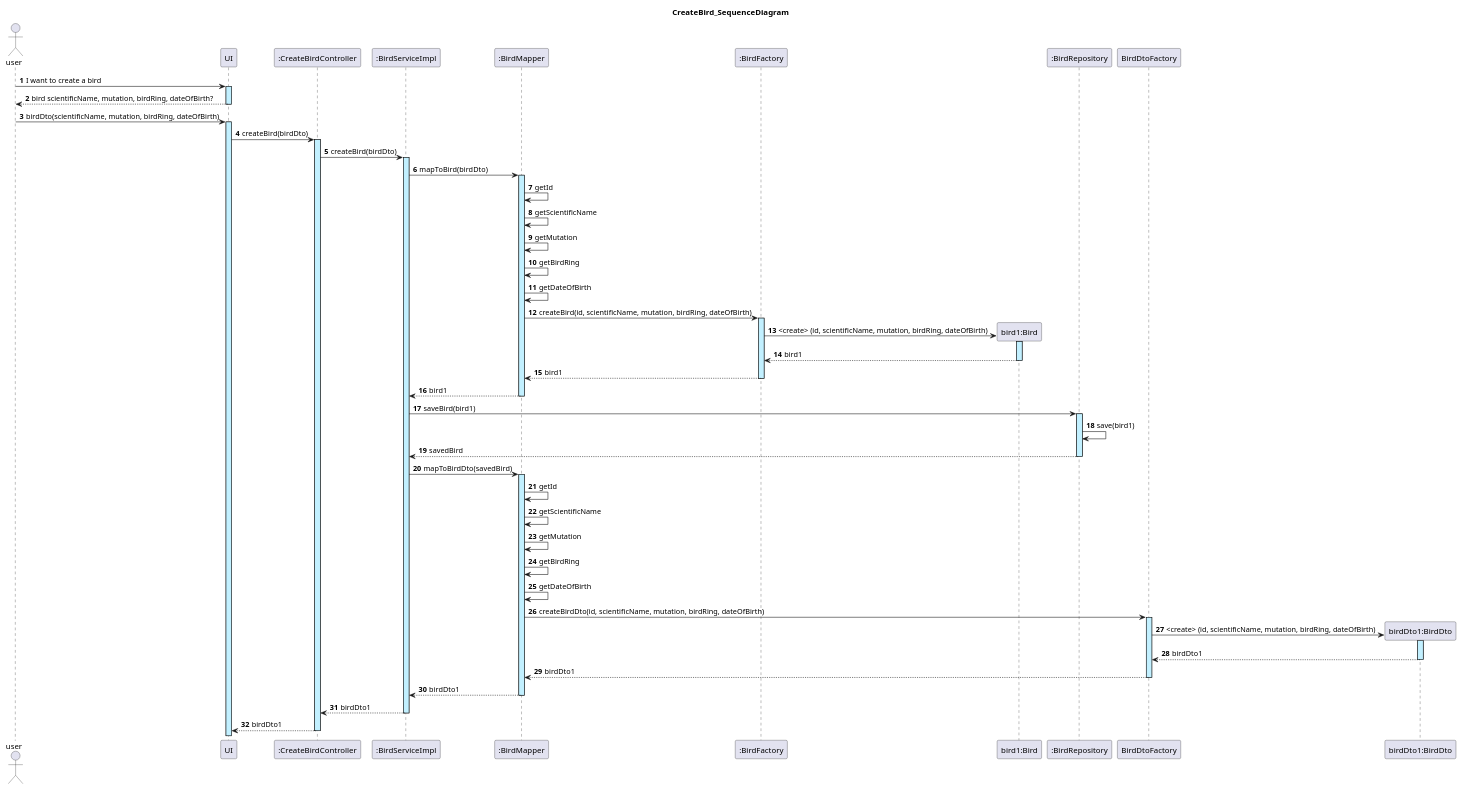
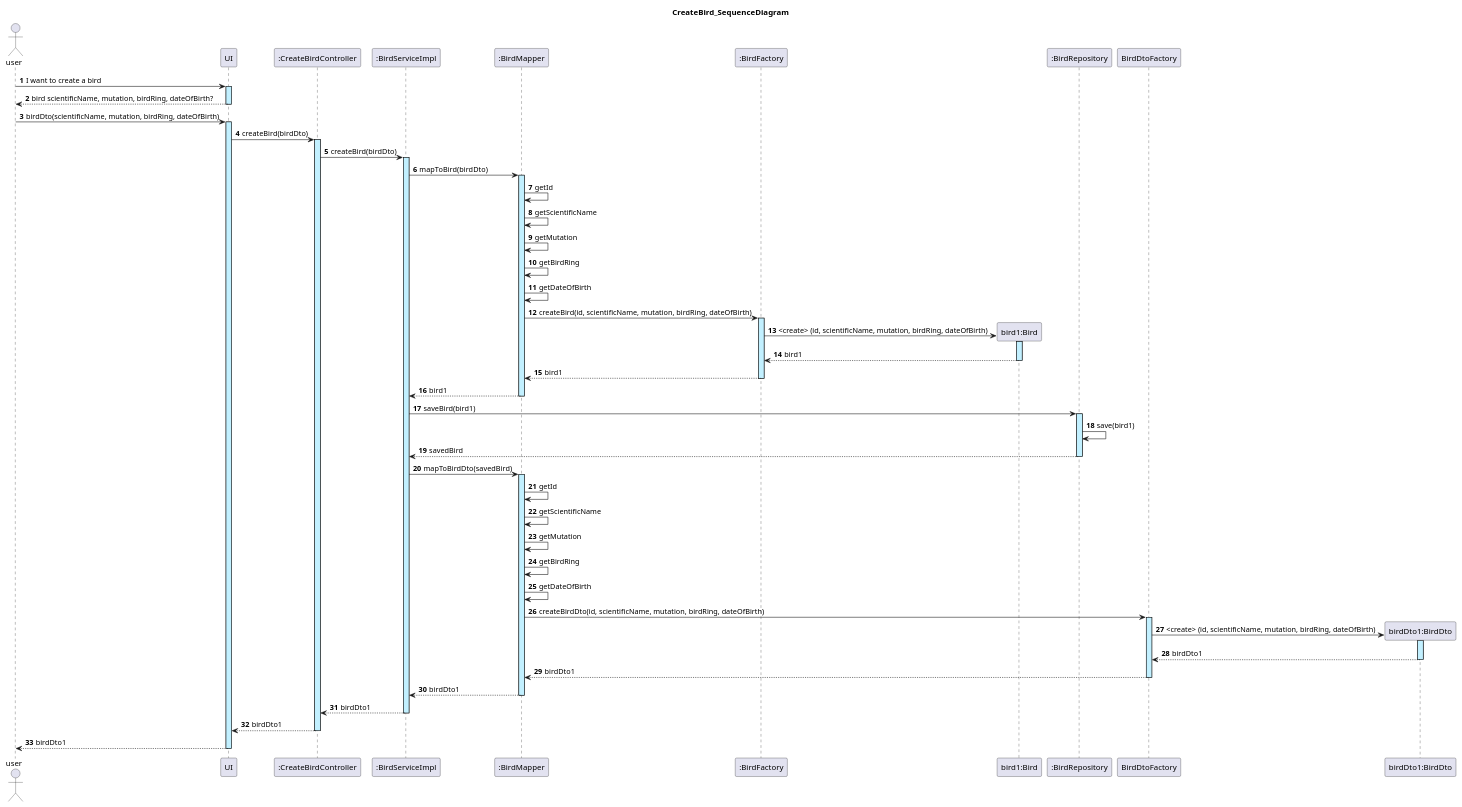
Before and after one commit to rubenrocha26/bms-backend: the diagram in docs/createBird/CreateBird_SequenceDiagram.puml, drawn with PlantUML. The commit also changed 1 other file, not shown here.

Commit message:
ci: sequenceDiagram for getBirdById

```diff
--- a/docs/createBird/CreateBird_SequenceDiagram.puml
+++ b/docs/createBird/CreateBird_SequenceDiagram.puml
@@ -1,46 +1,47 @@
 @startuml
 actor user
 autonumber
 
 title: CreateBird_SequenceDiagram
 
 user -> UI ++ #application : I want to create a bird
 UI --> user -- : bird scientificName, mutation, birdRing, dateOfBirth?
 user -> UI ++ #application : birdDto(scientificName, mutation, birdRing, dateOfBirth)
 UI -> ":CreateBirdController" as CreateBirdController ++ #application : createBird(birdDto)
 
 CreateBirdController -> ":BirdServiceImpl" as BirdServiceImpl ++ #application : createBird(birdDto)
 BirdServiceImpl -> ":BirdMapper" as BirdMapper ++ #application : mapToBird(birdDto)
 
 BirdMapper -> BirdMapper : getId
 BirdMapper -> BirdMapper : getScientificName
 BirdMapper -> BirdMapper : getMutation
 BirdMapper -> BirdMapper : getBirdRing
 BirdMapper -> BirdMapper : getDateOfBirth
 BirdMapper -> ":BirdFactory" as BirdFactory ++ #application : createBird(id, scientificName, mutation, birdRing, dateOfBirth)
 
 create "bird1:Bird" as Bird
 BirdFactory -> Bird ++ #application : <create> (id, scientificName, mutation, birdRing, dateOfBirth)
 Bird --> BirdFactory -- : bird1
 BirdFactory --> BirdMapper -- : bird1
 BirdMapper --> BirdServiceImpl -- : bird1
 BirdServiceImpl -> ":BirdRepository" as BirdRepository ++ #application : saveBird(bird1)
 BirdRepository -> BirdRepository : save(bird1)
 BirdRepository --> BirdServiceImpl  -- : savedBird
 
 BirdServiceImpl -> BirdMapper ++ #application : mapToBirdDto(savedBird)
 BirdMapper -> BirdMapper : getId
 BirdMapper -> BirdMapper : getScientificName
 BirdMapper -> BirdMapper : getMutation
 BirdMapper -> BirdMapper : getBirdRing
 BirdMapper -> BirdMapper : getDateOfBirth
 BirdMapper -> "BirdDtoFactory" as BirdDtoFactory ++ #application : createBirdDto(id, scientificName, mutation, birdRing, dateOfBirth)
 
 create "birdDto1:BirdDto" as BirdDto
 BirdDtoFactory -> BirdDto ++ #application : <create> (id, scientificName, mutation, birdRing, dateOfBirth)
 BirdDto --> BirdDtoFactory -- : birdDto1
 BirdDtoFactory --> BirdMapper -- : birdDto1
 BirdMapper --> BirdServiceImpl -- :birdDto1
 BirdServiceImpl --> CreateBirdController -- : birdDto1
 CreateBirdController --> UI -- : birdDto1
+UI --> user -- : birdDto1
 @enduml
```
